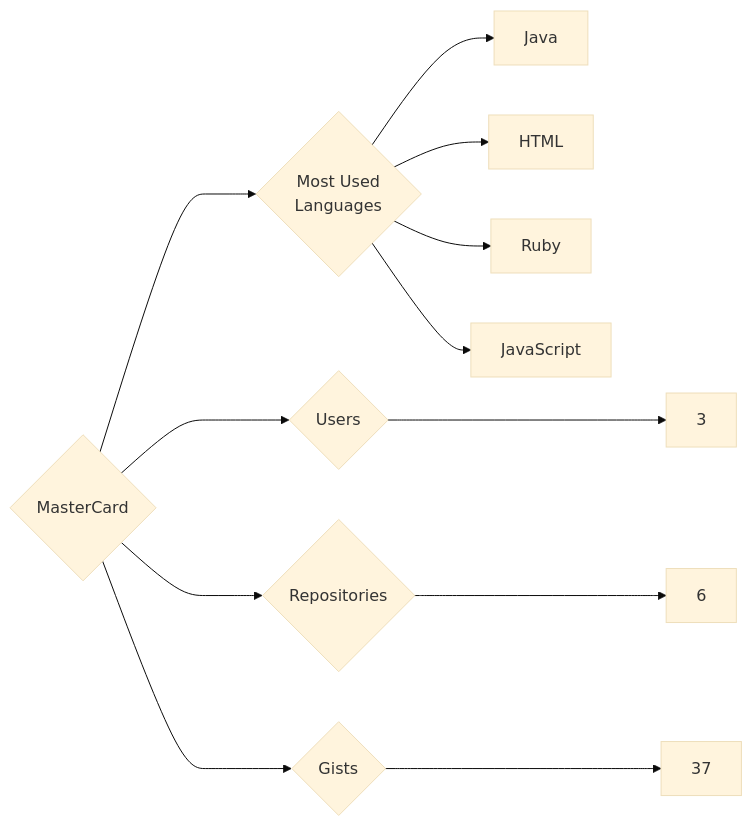
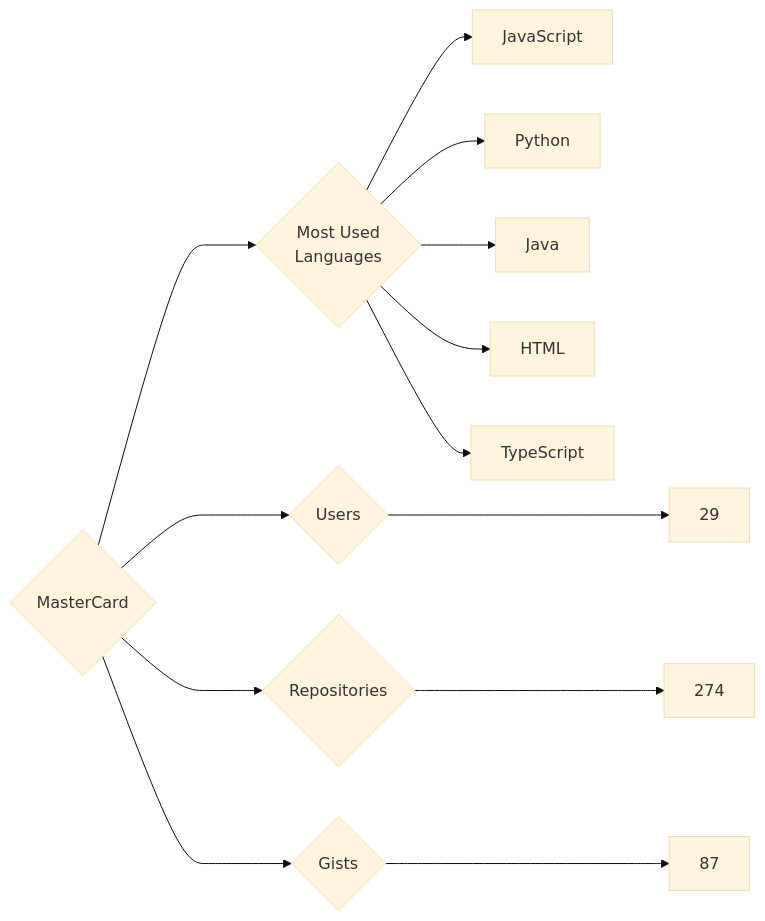
Before and after one commit to trickest/insiders: the diagram in targets/MasterCard/README.md, drawn with Mermaid (base theme). The commit also changed 796 other files, not shown here.

````diff
--- a/targets/MasterCard/README.md
+++ b/targets/MasterCard/README.md
@@ -3,12 +3,13 @@
 ```mermaid
 graph LR
 COMPANY_NAME{MasterCard}
-COMPANY_NAME ---> U{Users} ---> UN[3]
-COMPANY_NAME ---> R{Repositories} ---> RN[6]
-COMPANY_NAME ---> G{Gists} ---> GN[37]
+COMPANY_NAME ---> U{Users} ---> UN[29]
+COMPANY_NAME ---> R{Repositories} ---> RN[274]
+COMPANY_NAME ---> G{Gists} ---> GN[87]
 COMPANY_NAME ---> ML{Most Used<br>Languages}
+ML --> JavaScript[JavaScript]
+ML --> Python[Python]
 ML --> Java[Java]
 ML --> HTML[HTML]
-ML --> Ruby[Ruby]
-ML --> JavaScript[JavaScript]
+ML --> TypeScript[TypeScript]
 ```
````
